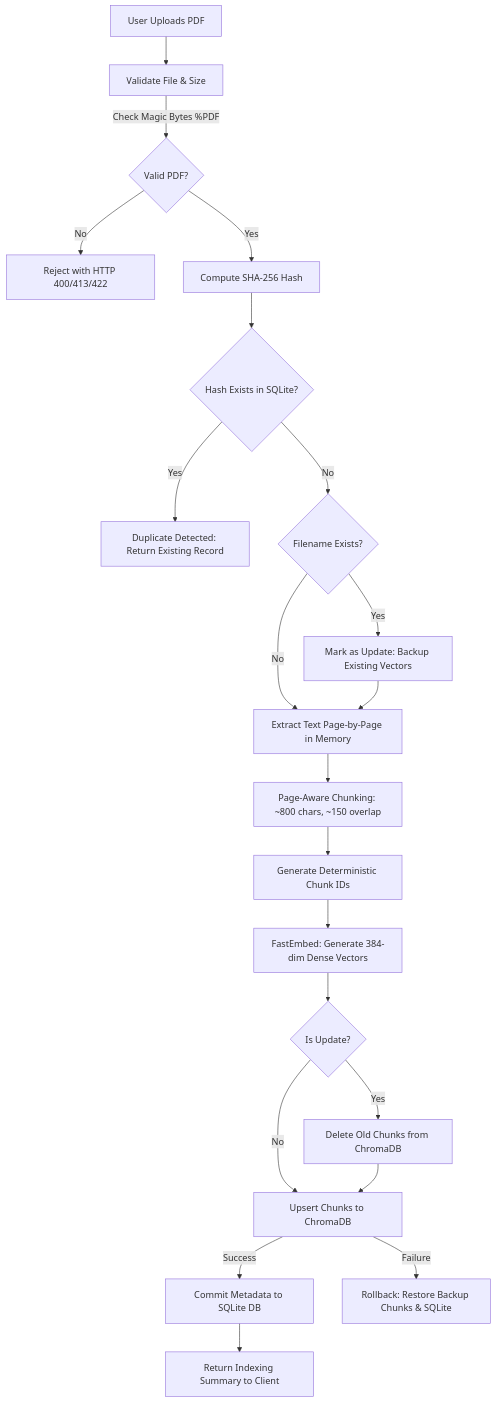
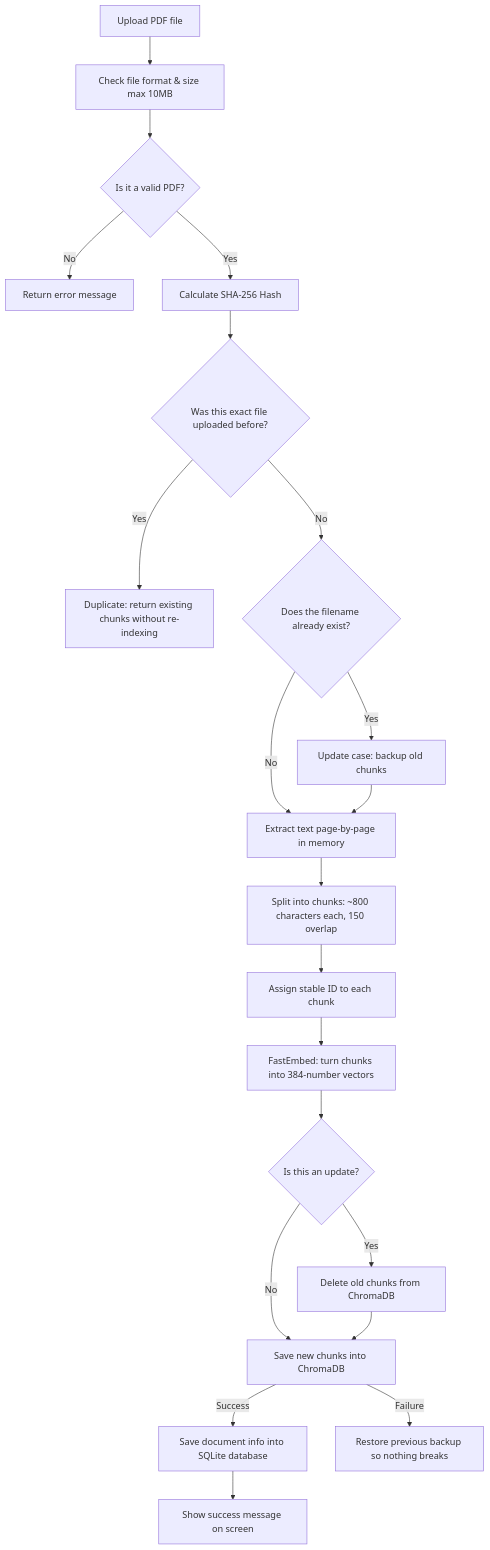
One commit to jisan06/knowledge-assistant changed the first of 2 diagrams in README.md. Above: the diagram before and after it, drawn with Mermaid. The commit also changed other lines of this file, not shown here.

````diff
--- a/README.md
+++ b/README.md
@@ -189,28 +182,28 @@
 ```mermaid
 flowchart TD
-    A[User Uploads PDF] --> B[Validate File & Size]
-    B -->|Check Magic Bytes %PDF| C{Valid PDF?}
-    C -->|No| D[Reject with HTTP 400/413/422]
-    C -->|Yes| E[Compute SHA-256 Hash]
+    A[Upload PDF file] --> B[Check file format & size max 10MB]
+    B --> C{Is it a valid PDF?}
+    C -->|No| D[Return error message]
+    C -->|Yes| E[Calculate SHA-256 Hash]
     
-    E --> F{Hash Exists in SQLite?}
-    F -->|Yes| G[Duplicate Detected: Return Existing Record]
-    F -->|No| H{Filename Exists?}
+    E --> F{Was this exact file uploaded before?}
+    F -->|Yes| G[Duplicate: return existing chunks without re-indexing]
+    F -->|No| H{Does the filename already exist?}
     
-    H -->|Yes| I[Mark as Update: Backup Existing Vectors]
-    H -->|No| J[Extract Text Page-by-Page in Memory]
+    H -->|Yes| I[Update case: backup old chunks]
+    H -->|No| J[Extract text page-by-page in memory]
     I --> J
     
-    J --> K[Page-Aware Chunking: ~800 chars, ~150 overlap]
-    K --> L[Generate Deterministic Chunk IDs]
-    L --> M[FastEmbed: Generate 384-dim Dense Vectors]
+    J --> K[Split into chunks: ~800 characters each, 150 overlap]
+    K --> L[Assign stable ID to each chunk]
+    L --> M[FastEmbed: turn chunks into 384-number vectors]
     
-    M --> N{Is Update?}
-    N -->|Yes| O[Delete Old Chunks from ChromaDB]
-    N -->|No| P[Upsert Chunks to ChromaDB]
+    M --> N{Is this an update?}
+    N -->|Yes| O[Delete old chunks from ChromaDB]
+    N -->|No| P[Save new chunks into ChromaDB]
     O --> P
     
-    P -->|Success| Q[Commit Metadata to SQLite DB]
-    P -->|Failure| R[Rollback: Restore Backup Chunks & SQLite]
-    Q --> S[Return Indexing Summary to Client]
+    P -->|Success| Q[Save document info into SQLite database]
+    P -->|Failure| R[Restore previous backup so nothing breaks]
+    Q --> S[Show success message on screen]
 ```
````
